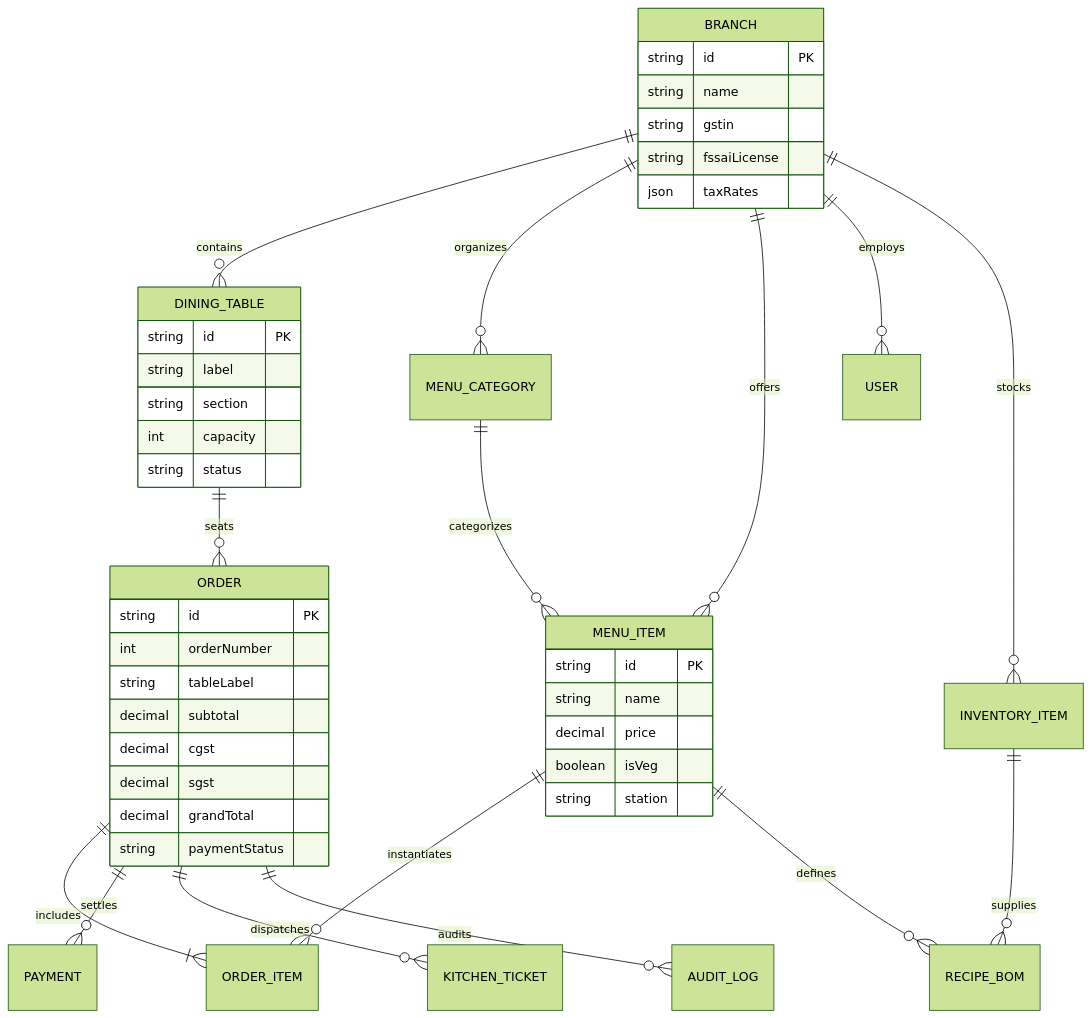
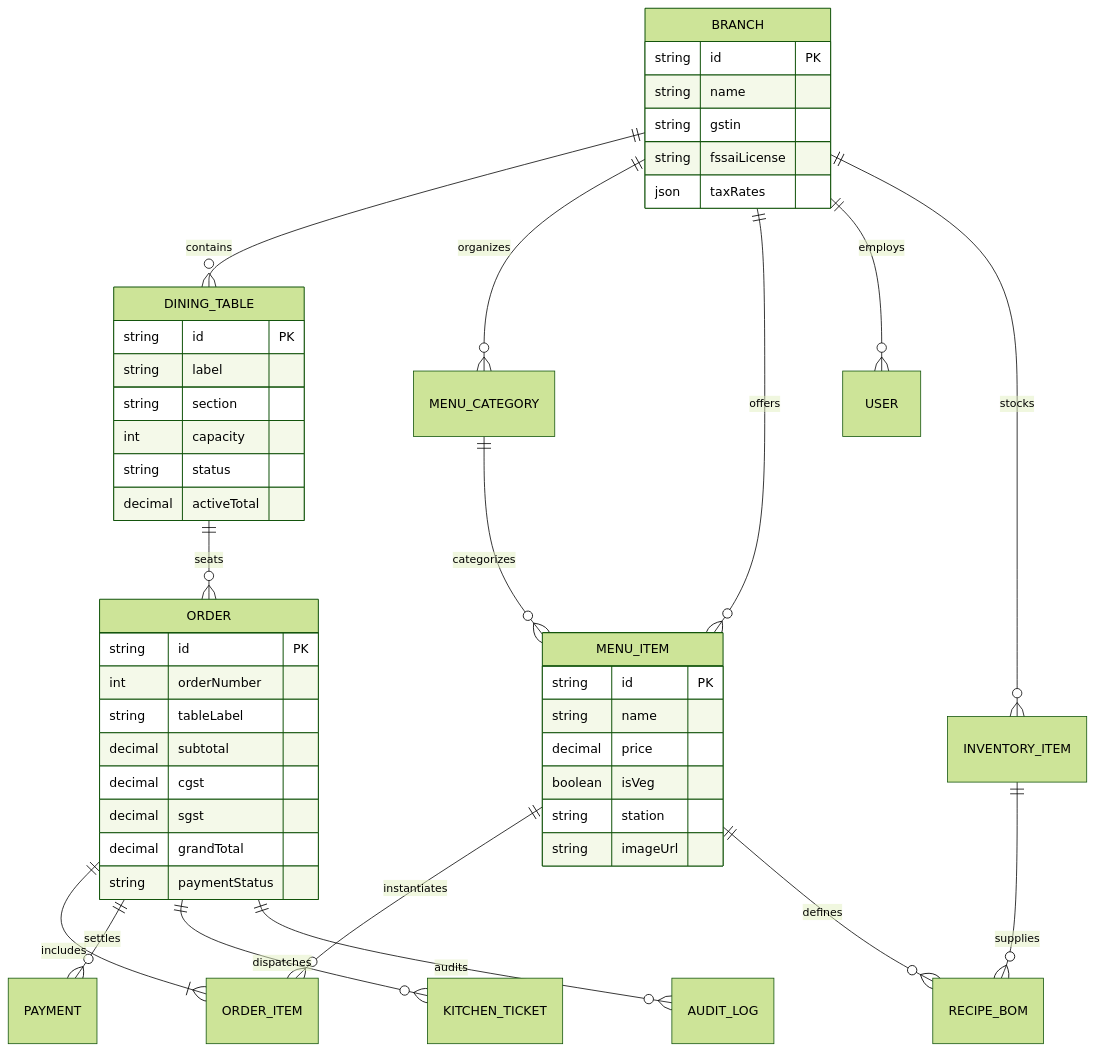
Before and after one commit to Gautamgiri798/ORDRIVA: the third of 3 diagrams in README.md, drawn with Mermaid (forest theme). The commit also changed other lines of this file and 1 other file, not shown here.

````diff
--- a/README.md
+++ b/README.md
@@ -157,51 +161,53 @@
 ```mermaid
 erDiagram
     BRANCH ||--o{ DINING_TABLE : contains
     BRANCH ||--o{ MENU_CATEGORY : organizes
     BRANCH ||--o{ MENU_ITEM : offers
     BRANCH ||--o{ USER : employs
     BRANCH ||--o{ INVENTORY_ITEM : stocks
 
     DINING_TABLE ||--o{ ORDER : seats
     MENU_CATEGORY ||--o{ MENU_ITEM : categorizes
     MENU_ITEM ||--o{ ORDER_ITEM : instantiates
     MENU_ITEM ||--o{ RECIPE_BOM : defines
     INVENTORY_ITEM ||--o{ RECIPE_BOM : supplies
 
     ORDER ||--|{ ORDER_ITEM : includes
     ORDER ||--o{ PAYMENT : settles
     ORDER ||--o{ KITCHEN_TICKET : dispatches
     ORDER ||--o{ AUDIT_LOG : audits
 
     BRANCH {
         string id PK
         string name
         string gstin
         string fssaiLicense
         json taxRates
     }
     DINING_TABLE {
         string id PK
         string label
         string section
         int capacity
         string status
+        decimal activeTotal
     }
     MENU_ITEM {
         string id PK
         string name
         decimal price
         boolean isVeg
         string station
+        string imageUrl
     }
     ORDER {
         string id PK
         int orderNumber
         string tableLabel
         decimal subtotal
         decimal cgst
         decimal sgst
         decimal grandTotal
         string paymentStatus
     }
 ```
````
